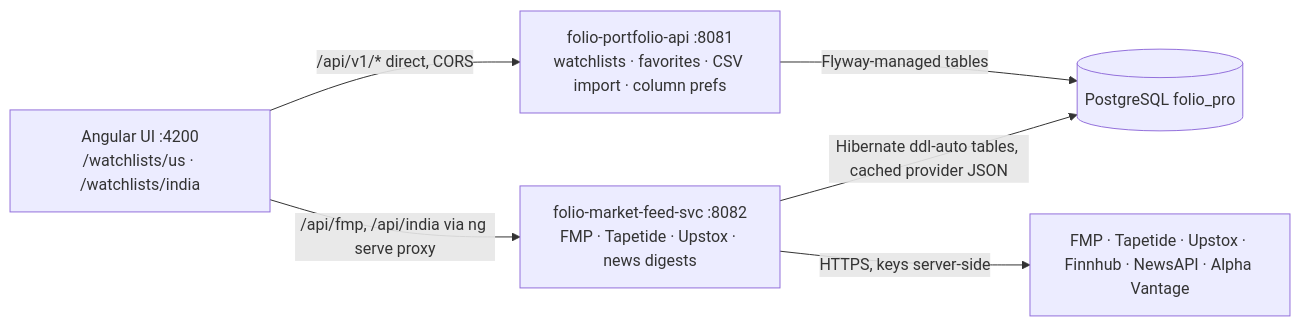
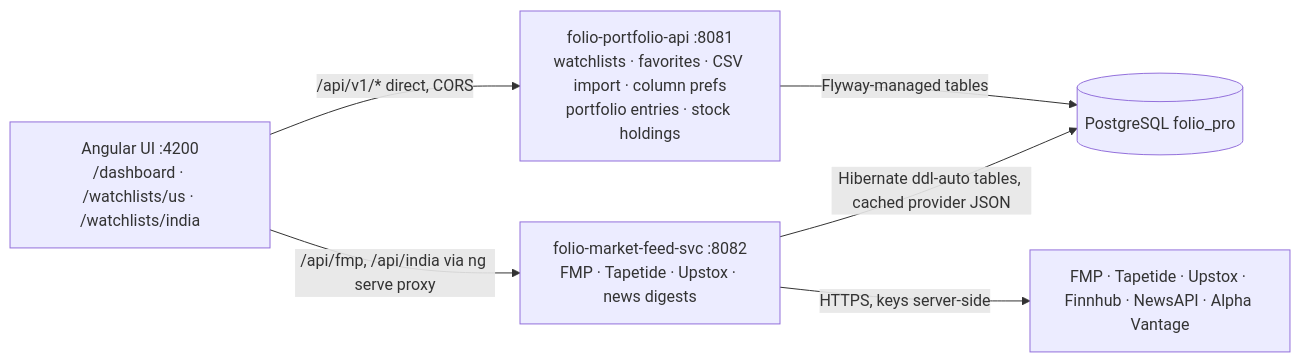
The first of 5 diagrams in docs/architecture.md (omkarchorghe16/folio-pro-ui), drawn with Mermaid before and after one commit. The commit also changed other lines of this file and 21 other files, not shown here.

````diff
--- a/docs/architecture.md
+++ b/docs/architecture.md
@@ -11,8 +11,8 @@
 ```mermaid
 flowchart LR
-    Browser[Angular UI :4200\n/watchlists/us · /watchlists/india] -->|/api/v1/* direct, CORS| Inv[folio-portfolio-api :8081\nwatchlists · favorites · CSV import · column prefs]
+    Browser[Angular UI :4200\n/dashboard · /watchlists/us · /watchlists/india] -->|/api/v1/* direct, CORS| Inv[folio-portfolio-api :8081\nwatchlists · favorites · CSV import · column prefs\nportfolio entries · stock holdings]
     Browser -->|/api/fmp, /api/india via ng serve proxy| News[folio-market-feed-svc :8082\nFMP · Tapetide · Upstox · news digests]
     Inv -->|Flyway-managed tables| DB[(PostgreSQL folio_pro)]
     News -->|Hibernate ddl-auto tables, cached provider JSON| DB
     News -->|HTTPS, keys server-side| Providers[FMP · Tapetide · Upstox · Finnhub · NewsAPI · Alpha Vantage]
 ```
````
